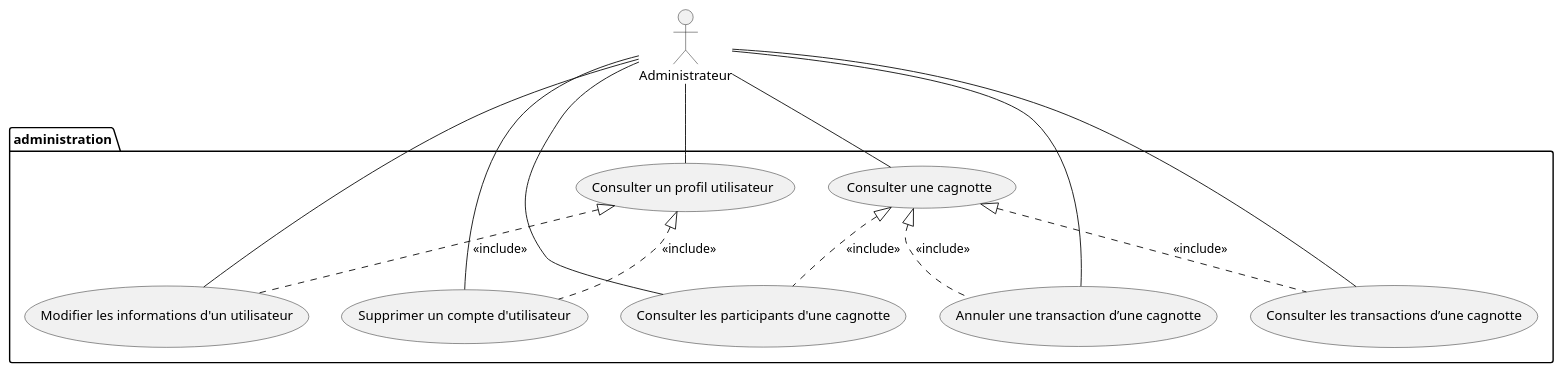
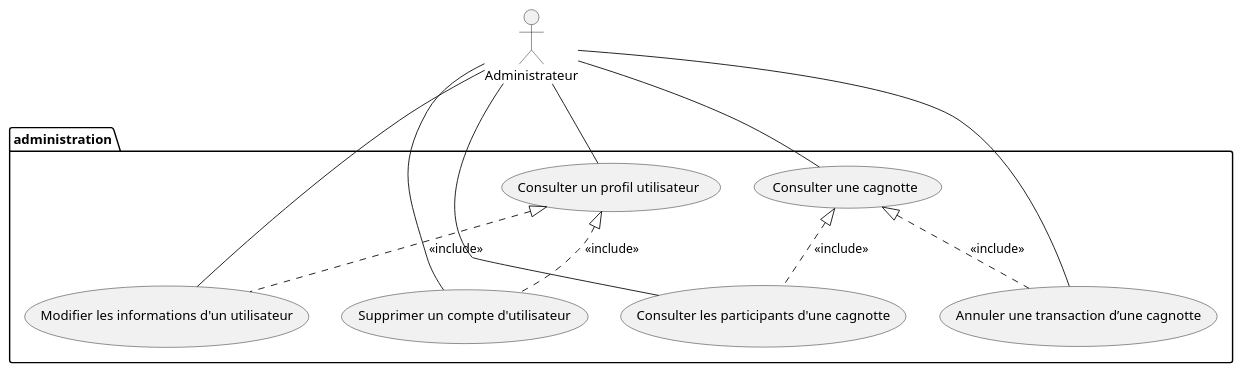
Before and after one commit to lmtb06/sharecount: the diagram in diagrammes/specification/cas-utilisation/administration.puml, drawn with PlantUML. The commit also changed 39 other files, not shown here.

Commit message:
-Modification diagramme de séquence de: +package administration +package cagnotte terminé

```diff
--- a/diagrammes/specification/cas-utilisation/administration.puml
+++ b/diagrammes/specification/cas-utilisation/administration.puml
@@ -1,29 +1,26 @@
 @startuml Administration
 
 actor "Administrateur" as admin
 
 package "administration" {
 	usecase "Consulter un profil utilisateur" as cpu
 	usecase "Consulter une cagnotte" as ccag
-	usecase "Consulter les transactions d’une cagnotte" as ctc
 	usecase "Annuler une transaction d’une cagnotte" as atc
 	usecase "Consulter les participants d'une cagnotte" as cpc
 	usecase "Modifier les informations d'un utilisateur" as miu
 	usecase "Supprimer un compte d'utilisateur" as scu
 }
 ' appartenance
 	admin	--	cpu
 	admin	--	ccag
-	admin	--	ctc
 	admin	-	cpc
 	admin	-	miu
 	admin	-	scu
 	admin	-	atc
 '	includes
 	cpu	<|.. miu	: <<include>>
 	cpu	<|.. scu	: <<include>>
-	ccag	<|.. ctc	: <<include>>
 	ccag	<|.. cpc	: <<include>>
 	ccag	<|.. atc	: <<include>>
 
 @enduml
```
